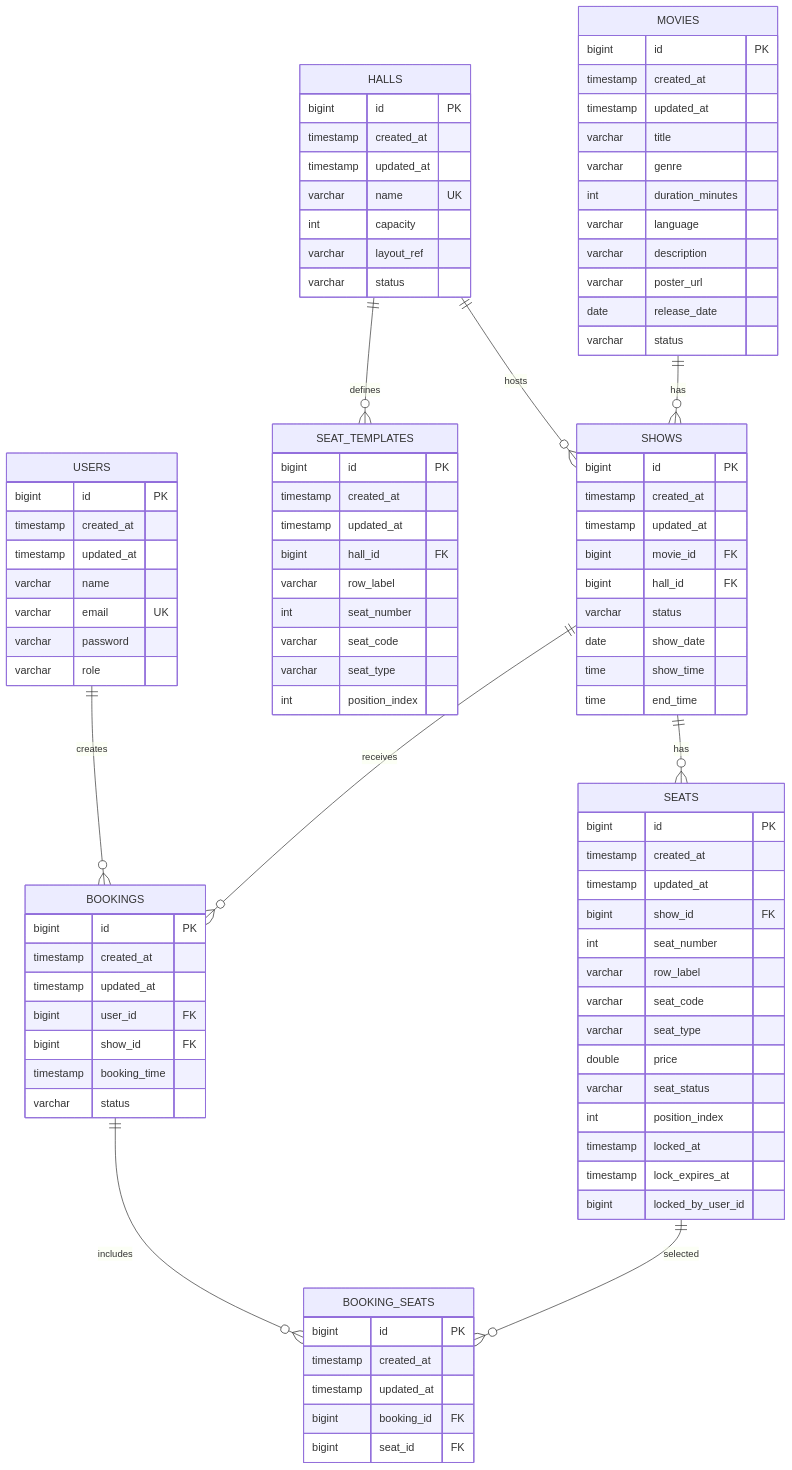
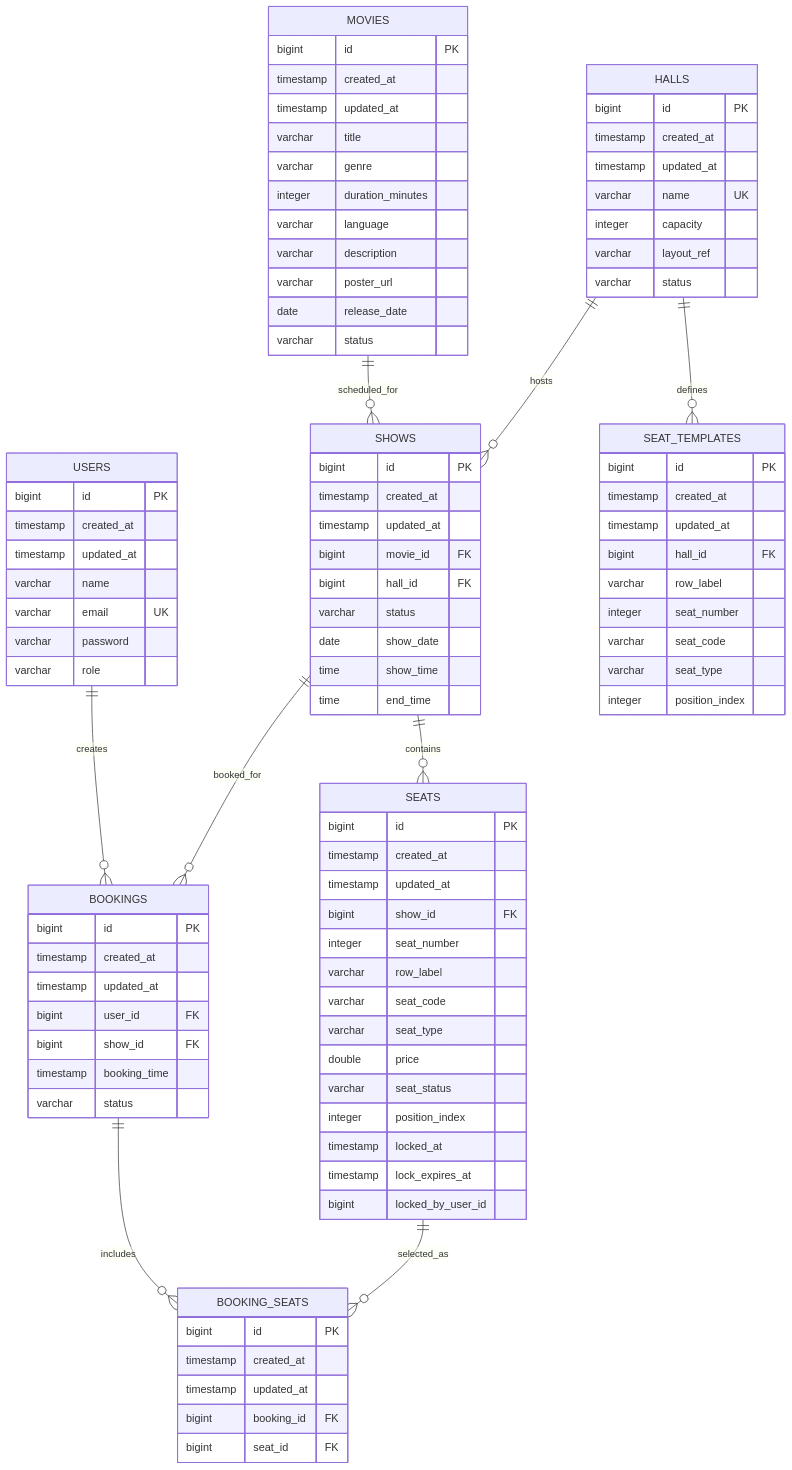
Before and after one commit to yuneshbyte01/hamro-chalchitraghar-backend: the diagram in docs/DATABASE.md, drawn with Mermaid. The commit also changed other lines of this file and 13 other files, not shown here.

````diff
--- a/docs/DATABASE.md
+++ b/docs/DATABASE.md
@@ -56,5 +21,14 @@
 ```mermaid
 erDiagram
+    USERS ||--o{ BOOKINGS : creates
+    MOVIES ||--o{ SHOWS : scheduled_for
+    HALLS ||--o{ SHOWS : hosts
+    HALLS ||--o{ SEAT_TEMPLATES : defines
+    SHOWS ||--o{ SEATS : contains
+    SHOWS ||--o{ BOOKINGS : booked_for
+    BOOKINGS ||--o{ BOOKING_SEATS : includes
+    SEATS ||--o{ BOOKING_SEATS : selected_as
+
     USERS {
         bigint id PK
         timestamp created_at
@@ -71,7 +45,7 @@
         timestamp updated_at
         varchar title
         varchar genre
-        int duration_minutes
+        integer duration_minutes
         varchar language
         varchar description
         varchar poster_url
@@ -84,7 +58,7 @@
         timestamp created_at
         timestamp updated_at
         varchar name UK
-        int capacity
+        integer capacity
         varchar layout_ref
         varchar status
     }
@@ -95,10 +69,10 @@
         timestamp updated_at
         bigint hall_id FK
         varchar row_label
-        int seat_number
+        integer seat_number
         varchar seat_code
         varchar seat_type
-        int position_index
+        integer position_index
     }
 
     SHOWS {
@@ -118,13 +92,13 @@
         timestamp created_at
         timestamp updated_at
         bigint show_id FK
-        int seat_number
+        integer seat_number
         varchar row_label
         varchar seat_code
         varchar seat_type
         double price
         varchar seat_status
-        int position_index
+        integer position_index
         timestamp locked_at
         timestamp lock_expires_at
         bigint locked_by_user_id
@@ -147,13 +121,4 @@
         bigint booking_id FK
         bigint seat_id FK
     }
-
-    USERS ||--o{ BOOKINGS : creates
-    MOVIES ||--o{ SHOWS : has
-    HALLS ||--o{ SHOWS : hosts
-    HALLS ||--o{ SEAT_TEMPLATES : defines
-    SHOWS ||--o{ SEATS : has
-    SHOWS ||--o{ BOOKINGS : receives
-    BOOKINGS ||--o{ BOOKING_SEATS : includes
-    SEATS ||--o{ BOOKING_SEATS : selected
 ```
````
